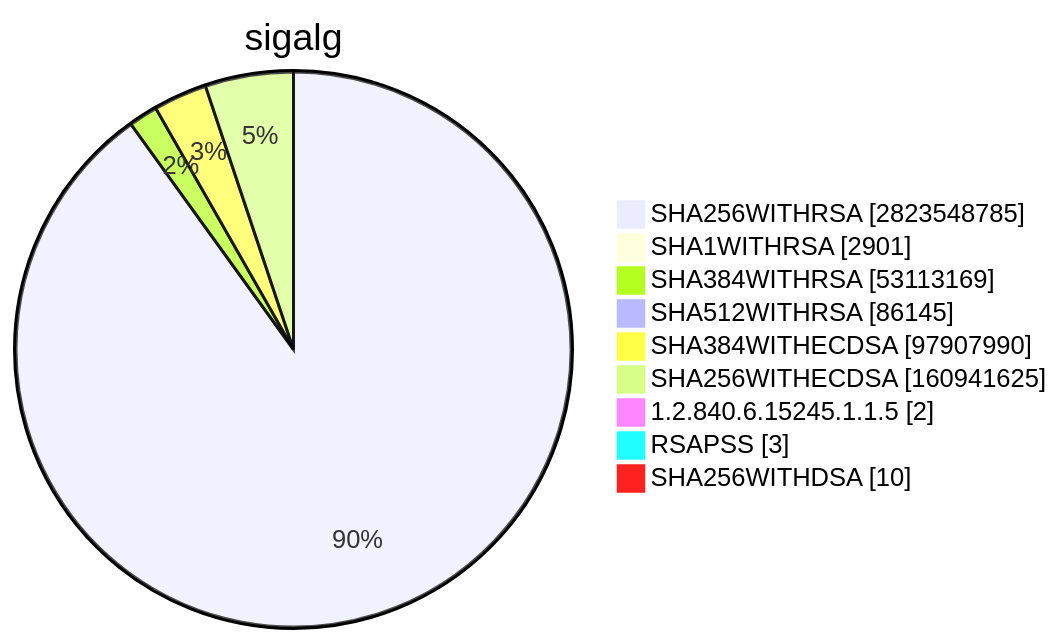
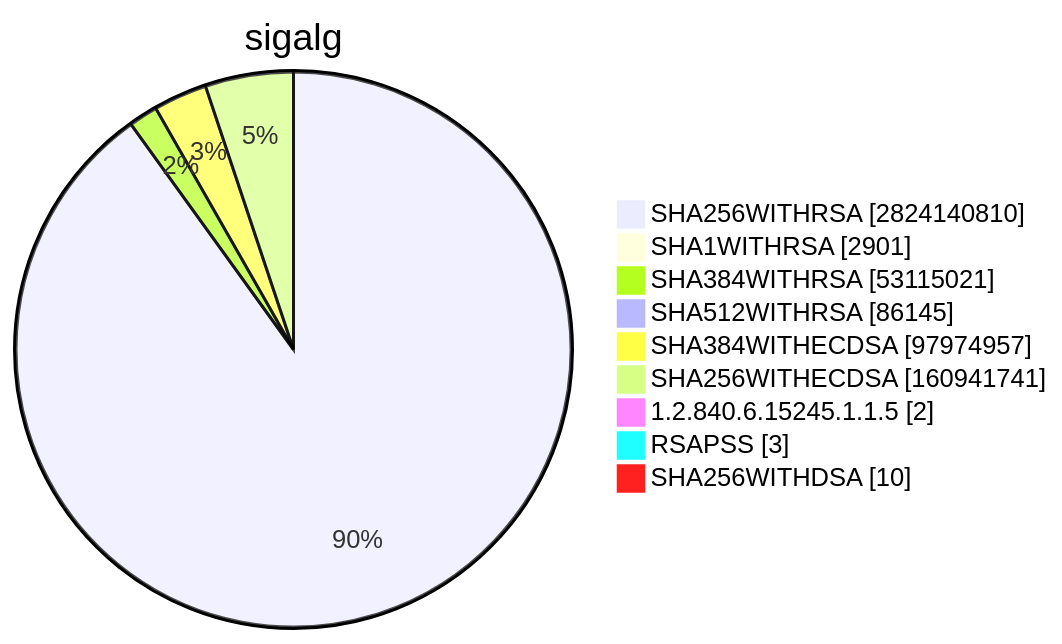
Diagram 15 of 15 in TOTAL/README.md (christiankrug/ctmonitor_visualization), drawn with Mermaid before and after one commit. The commit also changed other lines of this file, not shown here.

````diff
--- a/TOTAL/README.md
+++ b/TOTAL/README.md
@@ -6207,13 +6207,13 @@
 ```mermaid
 pie showData
 title sigalg
-"SHA256WITHRSA" :2823548785
+"SHA256WITHRSA" :2824140810
 "SHA1WITHRSA" :2901
-"SHA384WITHRSA" :53113169
+"SHA384WITHRSA" :53115021
 "SHA512WITHRSA" :86145
-"SHA384WITHECDSA" :97907990
-"SHA256WITHECDSA" :160941625
+"SHA384WITHECDSA" :97974957
+"SHA256WITHECDSA" :160941741
 "1.2.840.6.15245.1.1.5" :2
 "RSAPSS" :3
 "SHA256WITHDSA" :10
 ```
````
